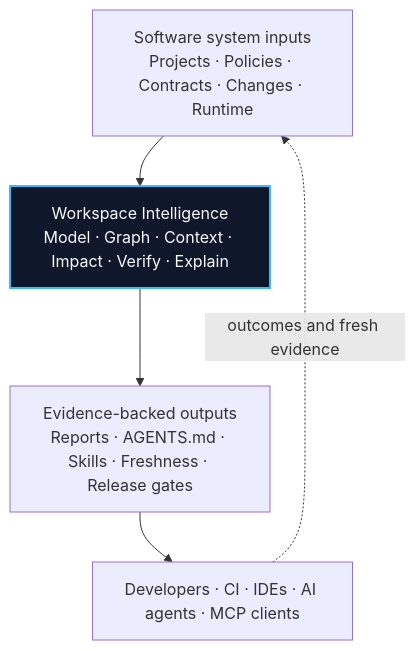
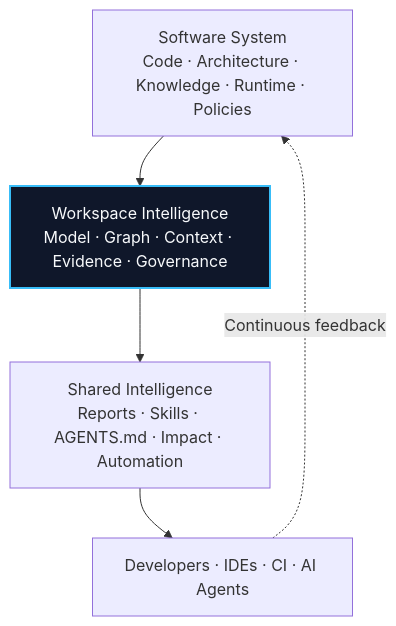
One commit to chistiq/.github changed the diagram in profile/README.md. Above: the diagram before and after it, drawn with Mermaid. The commit also changed other lines of this file, not shown here.

````diff
--- a/profile/README.md
+++ b/profile/README.md
@@ -26,13 +37,13 @@
 ```mermaid
 flowchart TB
-    INPUTS["Software system inputs<br/>Projects · Policies · Contracts · Changes · Runtime"]
-    INTELLIGENCE["Workspace Intelligence<br/>Model · Graph · Context · Impact · Verify · Explain"]
-    OUTPUTS["Evidence-backed outputs<br/>Reports · AGENTS.md · Skills · Freshness · Release gates"]
-    CONSUMERS["Developers · CI · IDEs · AI agents · MCP clients"]
+    INPUTS["Software System<br/>Code · Architecture · Knowledge · Runtime · Policies"]
+    INTELLIGENCE["Workspace Intelligence<br/>Model · Graph · Context · Evidence · Governance"]
+    OUTPUTS["Shared Intelligence<br/>Reports · Skills · AGENTS.md · Impact · Automation"]
+    CONSUMERS["Developers · IDEs · CI · AI Agents"]
 
     INPUTS --> INTELLIGENCE --> OUTPUTS --> CONSUMERS
-    CONSUMERS -. outcomes and fresh evidence .-> INPUTS
+    CONSUMERS -. Continuous feedback .-> INPUTS
 
     classDef core fill:#0f172a,color:#f8fafc,stroke:#38bdf8,stroke-width:2px;
     class INTELLIGENCE core;
 ```
````
